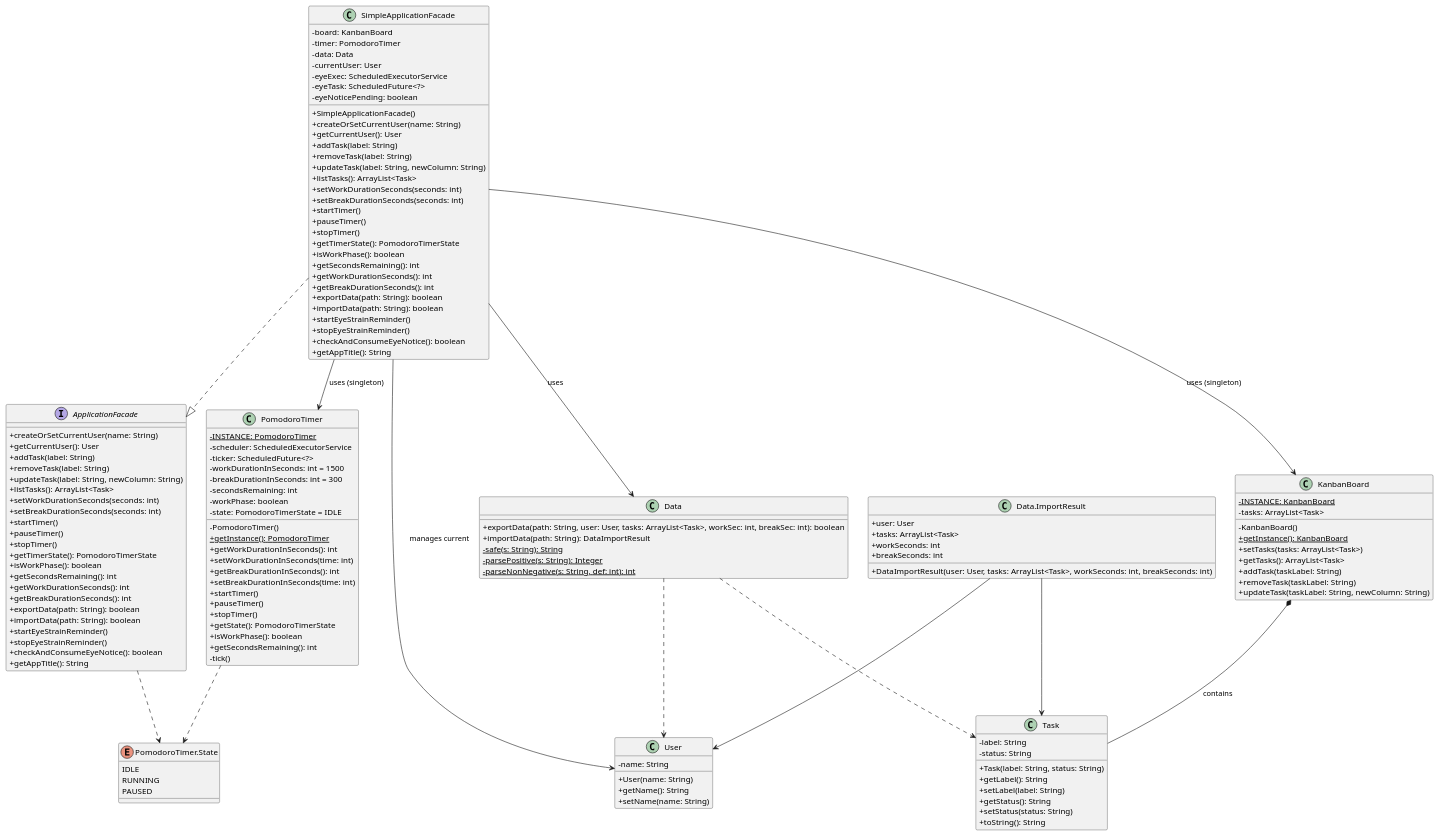
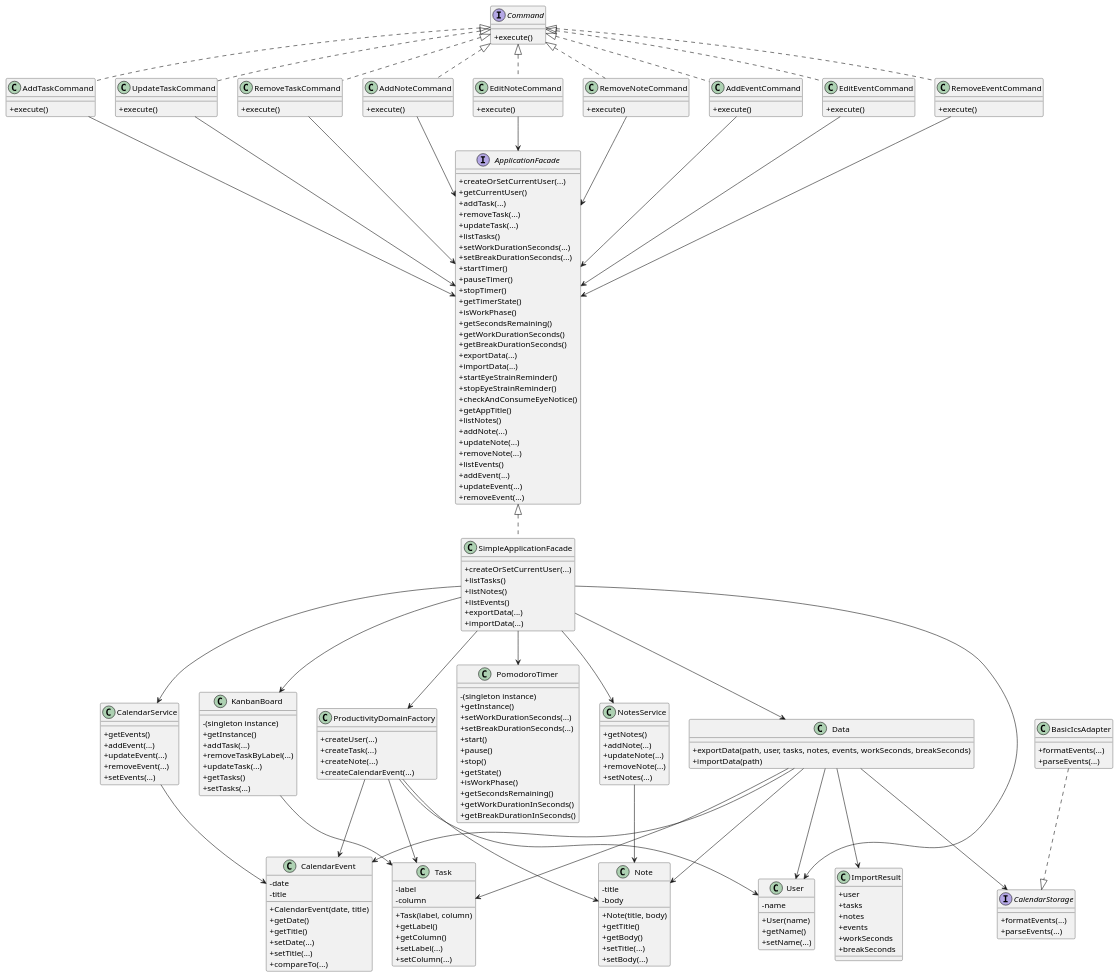
Before and after one commit to noah873/CS-5800_Project-Part-4: the diagram in Classes.puml, drawn with PlantUML.

Commit message:
Add files via upload
Refactored to include the new Calendar and Notes features, along with the new Factory, Adapter, and Command design patterns

```diff
--- a/Classes.puml
+++ b/Classes.puml
@@ -1,154 +1,217 @@
 @startuml
+
 skinparam packageStyle rectangle
 skinparam classAttributeIconSize 0
 hide stereotypes
 
+interface ApplicationFacade
 
-  interface ApplicationFacade {
-    +createOrSetCurrentUser(name: String)
-    +getCurrentUser(): User
-    +addTask(label: String)
-    +removeTask(label: String)
-    +updateTask(label: String, newColumn: String)
-    +listTasks(): ArrayList<Task>
-    +setWorkDurationSeconds(seconds: int)
-    +setBreakDurationSeconds(seconds: int)
-    +startTimer()
-    +pauseTimer()
-    +stopTimer()
-    +getTimerState(): PomodoroTimerState
-    +isWorkPhase(): boolean
-    +getSecondsRemaining(): int
-    +getWorkDurationSeconds(): int
-    +getBreakDurationSeconds(): int
-    +exportData(path: String): boolean
-    +importData(path: String): boolean
-    +startEyeStrainReminder()
-    +stopEyeStrainReminder()
-    +checkAndConsumeEyeNotice(): boolean
-    +getAppTitle(): String
-  }
+class SimpleApplicationFacade
 
-  class SimpleApplicationFacade {
-    -board: KanbanBoard
-    -timer: PomodoroTimer
-    -data: Data
-    -currentUser: User
-    -eyeExec: ScheduledExecutorService
-    -eyeTask: ScheduledFuture<?>
-    -eyeNoticePending: boolean
-    +SimpleApplicationFacade()
-    +createOrSetCurrentUser(name: String)
-    +getCurrentUser(): User
-    +addTask(label: String)
-    +removeTask(label: String)
-    +updateTask(label: String, newColumn: String)
-    +listTasks(): ArrayList<Task>
-    +setWorkDurationSeconds(seconds: int)
-    +setBreakDurationSeconds(seconds: int)
-    +startTimer()
-    +pauseTimer()
-    +stopTimer()
-    +getTimerState(): PomodoroTimerState
-    +isWorkPhase(): boolean
-    +getSecondsRemaining(): int
-    +getWorkDurationSeconds(): int
-    +getBreakDurationSeconds(): int
-    +exportData(path: String): boolean
-    +importData(path: String): boolean
-    +startEyeStrainReminder()
-    +stopEyeStrainReminder()
-    +checkAndConsumeEyeNotice(): boolean
-    +getAppTitle(): String
-  }
+class User
+class Task
+class Note
+class CalendarEvent
 
-  class User {
-    -name: String
-    +User(name: String)
-    +getName(): String
-    +setName(name: String)
-  }
+class KanbanBoard
+class PomodoroTimer
+class NotesService
+class CalendarService
 
-  class Task {
-    -label: String
-    -status: String
-    +Task(label: String, status: String)
-    +getLabel(): String
-    +setLabel(label: String)
-    +getStatus(): String
-    +setStatus(status: String)
-    +toString(): String
-  }
+class Data
+class ImportResult
+class ProductivityDomainFactory
+class BasicIcsAdapter
+interface CalendarStorage
 
-  class KanbanBoard <<singleton>> {
-    -INSTANCE: KanbanBoard {static}
-    -tasks: ArrayList<Task>
-    -KanbanBoard()
-    +getInstance(): KanbanBoard {static}
-    +setTasks(tasks: ArrayList<Task>)
-    +getTasks(): ArrayList<Task>
-    +addTask(taskLabel: String)
-    +removeTask(taskLabel: String)
-    +updateTask(taskLabel: String, newColumn: String)
-  }
+interface Command
+class AddTaskCommand
+class UpdateTaskCommand
+class RemoveTaskCommand
+class AddNoteCommand
+class EditNoteCommand
+class RemoveNoteCommand
+class AddEventCommand
+class EditEventCommand
+class RemoveEventCommand
 
-  enum PomodoroTimerState as "PomodoroTimer.State" {
-    IDLE
-    RUNNING
-    PAUSED
-  }
+ApplicationFacade : +createOrSetCurrentUser(...)
+ApplicationFacade : +getCurrentUser()
+ApplicationFacade : +addTask(...)
+ApplicationFacade : +removeTask(...)
+ApplicationFacade : +updateTask(...)
+ApplicationFacade : +listTasks()
+ApplicationFacade : +setWorkDurationSeconds(...)
+ApplicationFacade : +setBreakDurationSeconds(...)
+ApplicationFacade : +startTimer()
+ApplicationFacade : +pauseTimer()
+ApplicationFacade : +stopTimer()
+ApplicationFacade : +getTimerState()
+ApplicationFacade : +isWorkPhase()
+ApplicationFacade : +getSecondsRemaining()
+ApplicationFacade : +getWorkDurationSeconds()
+ApplicationFacade : +getBreakDurationSeconds()
+ApplicationFacade : +exportData(...)
+ApplicationFacade : +importData(...)
+ApplicationFacade : +startEyeStrainReminder()
+ApplicationFacade : +stopEyeStrainReminder()
+ApplicationFacade : +checkAndConsumeEyeNotice()
+ApplicationFacade : +getAppTitle()
+ApplicationFacade : +listNotes()
+ApplicationFacade : +addNote(...)
+ApplicationFacade : +updateNote(...)
+ApplicationFacade : +removeNote(...)
+ApplicationFacade : +listEvents()
+ApplicationFacade : +addEvent(...)
+ApplicationFacade : +updateEvent(...)
+ApplicationFacade : +removeEvent(...)
 
-  class PomodoroTimer <<singleton>> {
-    -INSTANCE: PomodoroTimer {static}
-    -scheduler: ScheduledExecutorService
-    -ticker: ScheduledFuture<?>
-    -workDurationInSeconds: int = 1500
-    -breakDurationInSeconds: int = 300
-    -secondsRemaining: int
-    -workPhase: boolean
-    -state: PomodoroTimerState = IDLE
-    -PomodoroTimer()
-    +getInstance(): PomodoroTimer {static}
-    +getWorkDurationInSeconds(): int
-    +setWorkDurationInSeconds(time: int)
-    +getBreakDurationInSeconds(): int
-    +setBreakDurationInSeconds(time: int)
-    +startTimer()
-    +pauseTimer()
-    +stopTimer()
-    +getState(): PomodoroTimerState
-    +isWorkPhase(): boolean
-    +getSecondsRemaining(): int
-    -tick()
-  }
+SimpleApplicationFacade : +createOrSetCurrentUser(...)
+SimpleApplicationFacade : +listTasks()
+SimpleApplicationFacade : +listNotes()
+SimpleApplicationFacade : +listEvents()
+SimpleApplicationFacade : +exportData(...)
+SimpleApplicationFacade : +importData(...)
 
-  class Data {
-    +exportData(path: String, user: User, tasks: ArrayList<Task>, workSec: int, breakSec: int): boolean
-    +importData(path: String): DataImportResult
-    -safe(s: String): String {static}
-    -parsePositive(s: String): Integer {static}
-    -parseNonNegative(s: String, def: int): int {static}
-  }
+User : -name
+User : +User(name)
+User : +getName()
+User : +setName(...)
 
-  class DataImportResult as "Data.ImportResult" {
-    +user: User
-    +tasks: ArrayList<Task>
-    +workSeconds: int
-    +breakSeconds: int
-    +DataImportResult(user: User, tasks: ArrayList<Task>, workSeconds: int, breakSeconds: int)
-  }
+Task : -label
+Task : -column
+Task : +Task(label, column)
+Task : +getLabel()
+Task : +getColumn()
+Task : +setLabel(...)
+Task : +setColumn(...)
 
-  SimpleApplicationFacade ..|> ApplicationFacade
-  SimpleApplicationFacade --> KanbanBoard : uses (singleton)
-  SimpleApplicationFacade --> PomodoroTimer : uses (singleton)
-  SimpleApplicationFacade --> Data : uses
-  SimpleApplicationFacade --> User : manages current
-  KanbanBoard *-- Task : contains
-  Data ..> User
-  Data ..> Task
-  DataImportResult --> User
-  DataImportResult --> Task
-  PomodoroTimer ..> PomodoroTimerState
-  ApplicationFacade ..> PomodoroTimerState
+Note : -title
+Note : -body
+Note : +Note(title, body)
+Note : +getTitle()
+Note : +getBody()
+Note : +setTitle(...)
+Note : +setBody(...)
+
+CalendarEvent : -date
+CalendarEvent : -title
+CalendarEvent : +CalendarEvent(date, title)
+CalendarEvent : +getDate()
+CalendarEvent : +getTitle()
+CalendarEvent : +setDate(...)
+CalendarEvent : +setTitle(...)
+CalendarEvent : +compareTo(...)
+
+KanbanBoard : -(singleton instance)
+KanbanBoard : +getInstance()
+KanbanBoard : +addTask(...)
+KanbanBoard : +removeTaskByLabel(...)
+KanbanBoard : +updateTask(...)
+KanbanBoard : +getTasks()
+KanbanBoard : +setTasks(...)
+
+PomodoroTimer : -(singleton instance)
+PomodoroTimer : +getInstance()
+PomodoroTimer : +setWorkDurationSeconds(...)
+PomodoroTimer : +setBreakDurationSeconds(...)
+PomodoroTimer : +start()
+PomodoroTimer : +pause()
+PomodoroTimer : +stop()
+PomodoroTimer : +getState()
+PomodoroTimer : +isWorkPhase()
+PomodoroTimer : +getSecondsRemaining()
+PomodoroTimer : +getWorkDurationInSeconds()
+PomodoroTimer : +getBreakDurationInSeconds()
+
+NotesService : +getNotes()
+NotesService : +addNote(...)
+NotesService : +updateNote(...)
+NotesService : +removeNote(...)
+NotesService : +setNotes(...)
+
+CalendarService : +getEvents()
+CalendarService : +addEvent(...)
+CalendarService : +updateEvent(...)
+CalendarService : +removeEvent(...)
+CalendarService : +setEvents(...)
+
+Data : +exportData(path, user, tasks, notes, events, workSeconds, breakSeconds)
+Data : +importData(path)
+ImportResult : +user
+ImportResult : +tasks
+ImportResult : +notes
+ImportResult : +events
+ImportResult : +workSeconds
+ImportResult : +breakSeconds
+
+ProductivityDomainFactory : +createUser(...)
+ProductivityDomainFactory : +createTask(...)
+ProductivityDomainFactory : +createNote(...)
+ProductivityDomainFactory : +createCalendarEvent(...)
+
+CalendarStorage : +formatEvents(...)
+CalendarStorage : +parseEvents(...)
+BasicIcsAdapter : +formatEvents(...)
+BasicIcsAdapter : +parseEvents(...)
+
+Command : +execute()
+AddTaskCommand : +execute()
+UpdateTaskCommand : +execute()
+RemoveTaskCommand : +execute()
+AddNoteCommand : +execute()
+EditNoteCommand : +execute()
+RemoveNoteCommand : +execute()
+AddEventCommand : +execute()
+EditEventCommand : +execute()
+RemoveEventCommand : +execute()
+
+ApplicationFacade <|.. SimpleApplicationFacade
+
+SimpleApplicationFacade --> KanbanBoard
+SimpleApplicationFacade --> PomodoroTimer
+SimpleApplicationFacade --> Data
+SimpleApplicationFacade --> ProductivityDomainFactory
+SimpleApplicationFacade --> NotesService
+SimpleApplicationFacade --> CalendarService
+SimpleApplicationFacade --> User
+
+KanbanBoard --> Task
+NotesService --> Note
+CalendarService --> CalendarEvent
+
+Data --> User
+Data --> Task
+Data --> Note
+Data --> CalendarEvent
+Data --> CalendarStorage
+Data --> ImportResult
+
+ProductivityDomainFactory --> User
+ProductivityDomainFactory --> Task
+ProductivityDomainFactory --> Note
+ProductivityDomainFactory --> CalendarEvent
+
+BasicIcsAdapter ..|> CalendarStorage
+
+Command <|.. AddTaskCommand
+Command <|.. UpdateTaskCommand
+Command <|.. RemoveTaskCommand
+Command <|.. AddNoteCommand
+Command <|.. EditNoteCommand
+Command <|.. RemoveNoteCommand
+Command <|.. AddEventCommand
+Command <|.. EditEventCommand
+Command <|.. RemoveEventCommand
+
+AddTaskCommand --> ApplicationFacade
+UpdateTaskCommand --> ApplicationFacade
+RemoveTaskCommand --> ApplicationFacade
+AddNoteCommand --> ApplicationFacade
+EditNoteCommand --> ApplicationFacade
+RemoveNoteCommand --> ApplicationFacade
+AddEventCommand --> ApplicationFacade
+EditEventCommand --> ApplicationFacade
+RemoveEventCommand --> ApplicationFacade
 
 @enduml
```
